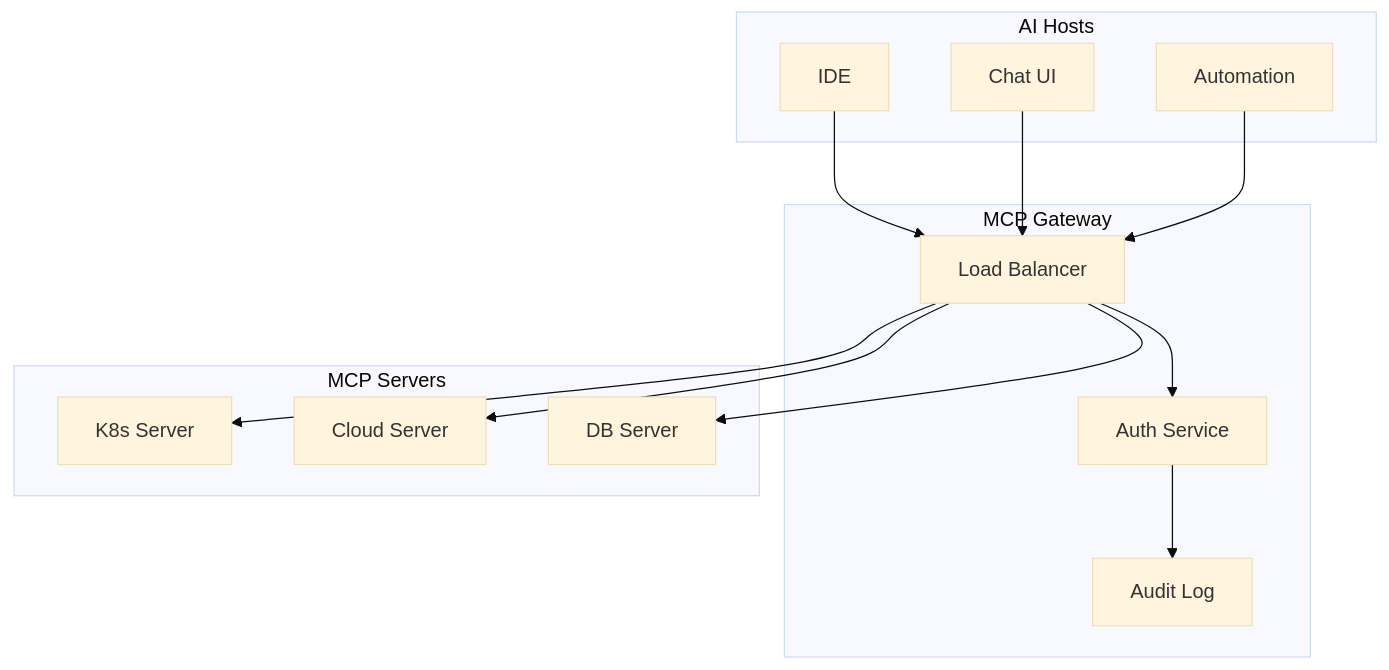
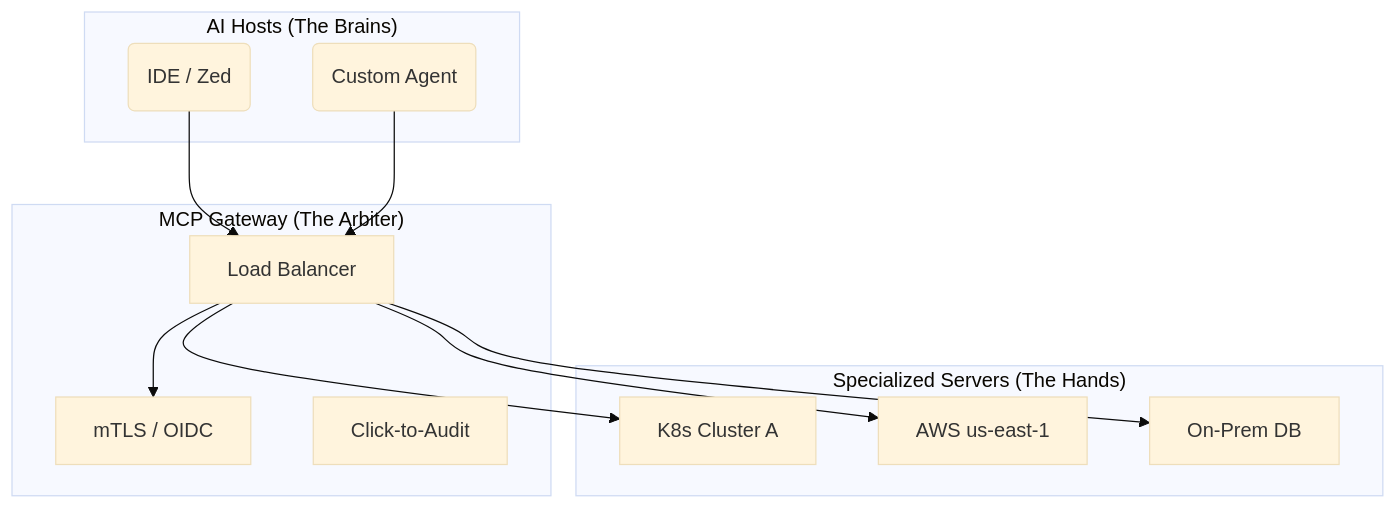
Before and after one commit to Ganil151/Devops: the diagram in 03-advanced/03-phase-3/03-mcp/readme.md, drawn with Mermaid (base theme). The commit also changed other lines of this file, not shown here.

````diff
--- a/03-advanced/03-phase-3/03-mcp/readme.md
+++ b/03-advanced/03-phase-3/03-mcp/readme.md
@@ -17,29 +14,23 @@
 ```mermaid
 graph TB
-    subgraph "AI Hosts"
-        H1[IDE]
-        H2[Chat UI]
-        H3[Automation]
+    subgraph "AI Hosts (The Brains)"
+        H1(IDE / Zed)
+        H2(Custom Agent)
     end
     
-    subgraph "MCP Gateway"
+    subgraph "MCP Gateway (The Arbiter)"
         GW[Load Balancer]
-        AUTH[Auth Service]
-        AUDIT[Audit Log]
+        Auth[mTLS / OIDC]
+        Audit[Click-to-Audit]
     end
     
-    subgraph "MCP Servers"
-        S1[K8s Server]
-        S2[Cloud Server]
-        S3[DB Server]
+    subgraph "Specialized Servers (The Hands)"
+        S1[K8s Cluster A]
+        S2[AWS us-east-1]
+        S3[On-Prem DB]
     end
     
-    H1 --> GW
-    H2 --> GW
-    H3 --> GW
-    GW --> AUTH
-    GW --> S1
-    GW --> S2
-    GW --> S3
-    AUTH --> AUDIT
+    H1 & H2 --> GW
+    GW --> Auth
+    GW --> S1 & S2 & S3
 ```
````
